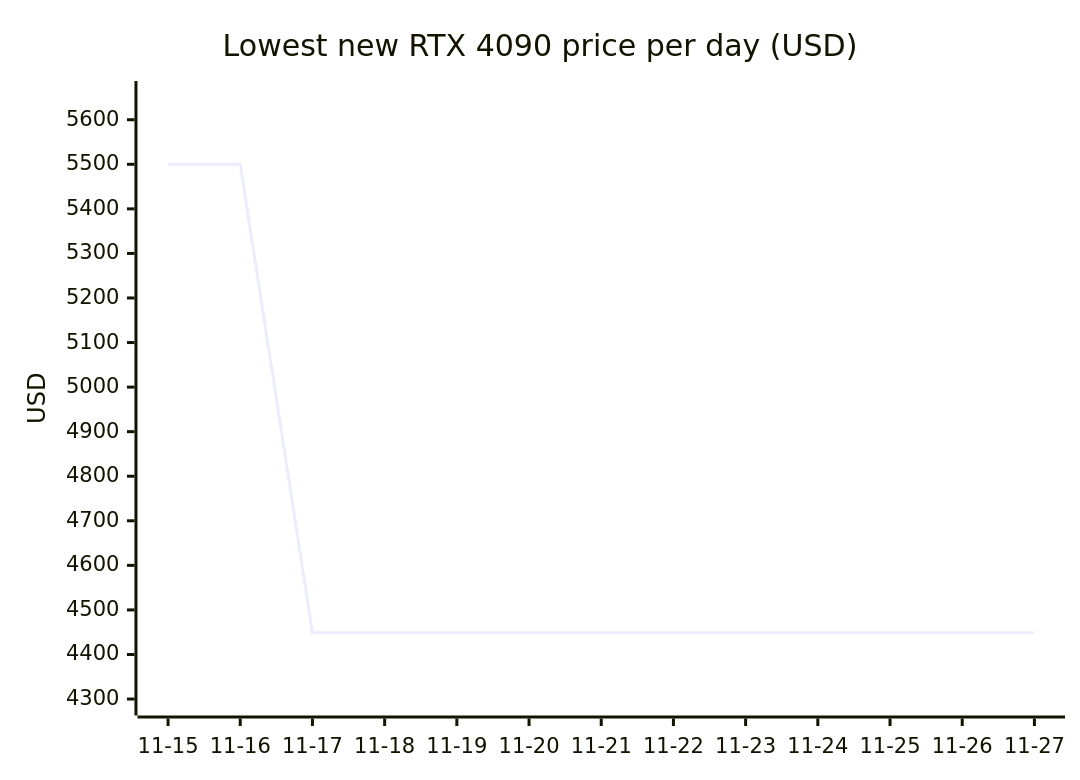
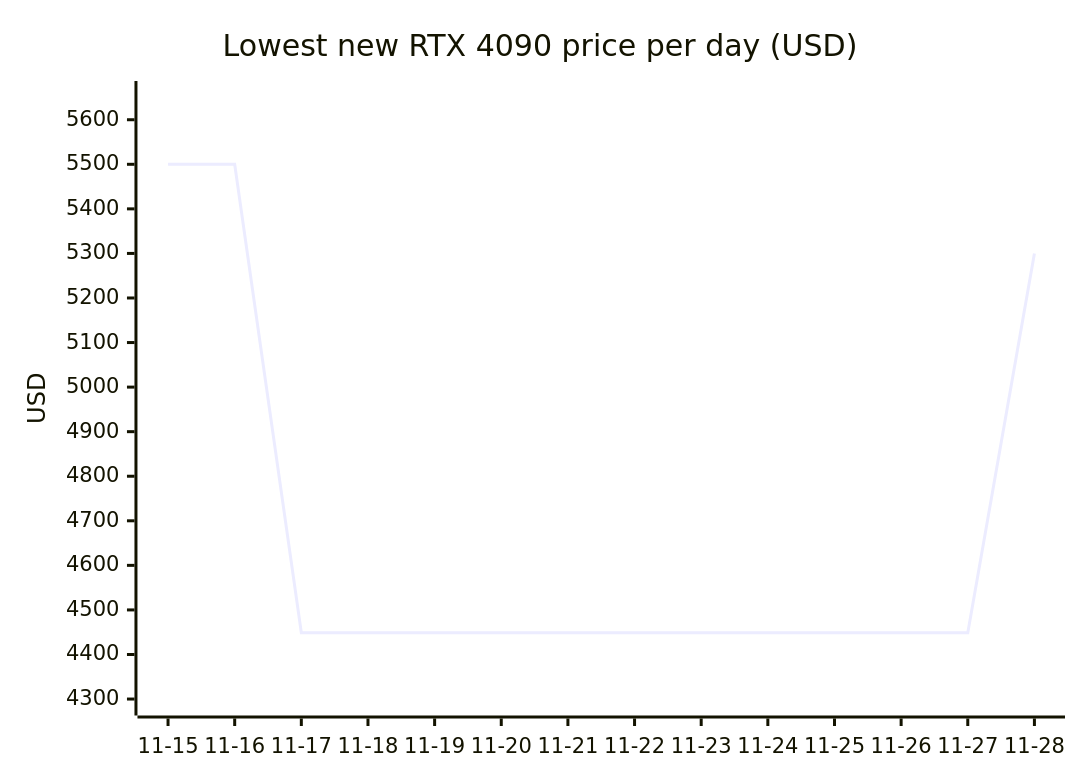
Before and after one commit to 7324136828/4tb_ssd_price_watch: the seventh of 18 diagrams in README.md, drawn with Mermaid. The commit also changed other lines of this file, not shown here.

````diff
--- a/README.md
+++ b/README.md
@@ -1014,7 +1042,7 @@
 ```mermaid
 xychart-beta
     title "Lowest new RTX 4090 price per day (USD)"
-    x-axis ["11-15", "11-16", "11-17", "11-18", "11-19", "11-20", "11-21", "11-22", "11-23", "11-24", "11-25", "11-26", "11-27"]
+    x-axis ["11-15", "11-16", "11-17", "11-18", "11-19", "11-20", "11-21", "11-22", "11-23", "11-24", "11-25", "11-26", "11-27", "11-28"]
     y-axis "USD" 4290 --> 5660
-    line [5500.00, 5500.00, 4449.00, 4449.00, 4449.00, 4449.00, 4449.00, 4449.00, 4449.00, 4449.00, 4449.00, 4449.00, 4449.00]
+    line [5500.00, 5500.00, 4449.00, 4449.00, 4449.00, 4449.00, 4449.00, 4449.00, 4449.00, 4449.00, 4449.00, 4449.00, 4449.00, 5300.00]
 ```
````
